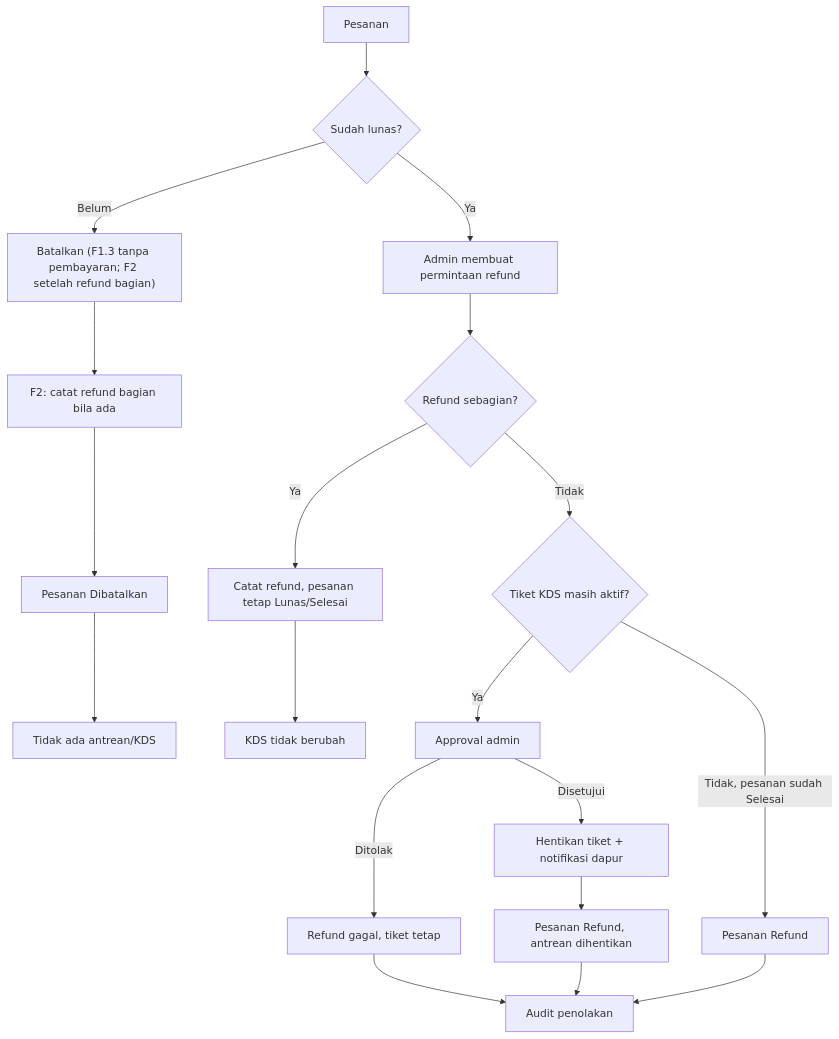
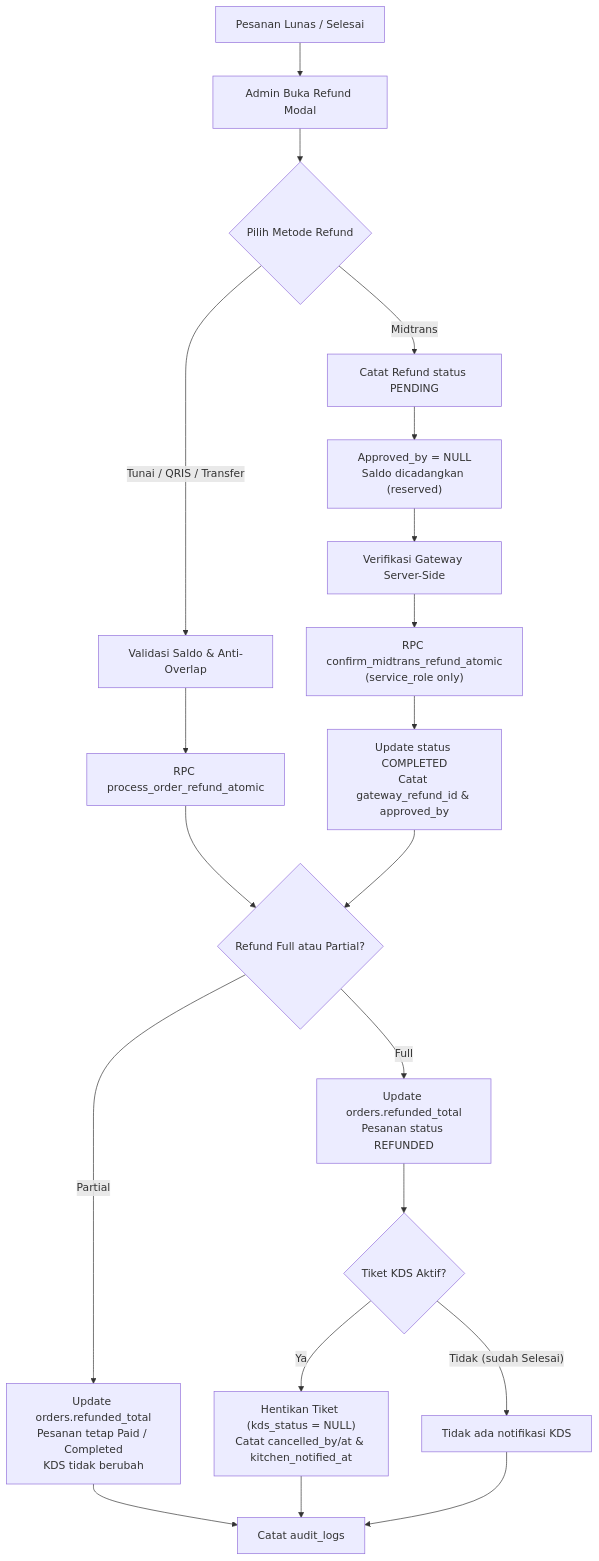
Before and after one commit to cl4umsyy/Nine-Licious: the ninth of 12 diagrams in docs/USER_FLOW.md, drawn with Mermaid. The commit also changed other lines of this file and 25 other files, not shown here.

Commit message:
menyelesaikan F2.3 pelanggan nambah pesanan dan denah meja dan F2.4 struk dan refund dan F2.5 memastikan F2.1 SampaiF2.5 bekerja

````diff
--- a/docs/USER_FLOW.md
+++ b/docs/USER_FLOW.md
@@ -995,21 +1001,22 @@
 ```mermaid
 flowchart TD
-    A["Pesanan"] --> B{"Sudah lunas?"}
-    B -->|"Belum"| C["Batalkan (F1.3 tanpa pembayaran; F2 setelah refund bagian)"]
-    C --> D["F2: catat refund bagian bila ada"]
-    D --> E["Pesanan Dibatalkan"]
-    E --> F["Tidak ada antrean/KDS"]
-    B -->|"Ya"| G["Admin membuat permintaan refund"]
-    G --> H{"Refund sebagian?"}
-    H -->|"Ya"| I["Catat refund, pesanan tetap Lunas/Selesai"]
-    I --> J["KDS tidak berubah"]
-    H -->|"Tidak"| K{"Tiket KDS masih aktif?"}
-    K -->|"Tidak, pesanan sudah Selesai"| L["Pesanan Refund"]
-    K -->|"Ya"| M["Approval admin"]
-    M -->|"Ditolak"| N["Refund gagal, tiket tetap"]
-    M -->|"Disetujui"| O["Hentikan tiket + notifikasi dapur"]
-    O --> P["Pesanan Refund, antrean dihentikan"]
-    N --> Q["Audit penolakan"]
+    A["Pesanan Lunas / Selesai"] --> B["Admin Buka Refund Modal"]
+    B --> C{"Pilih Metode Refund"}
+    C -->|"Tunai / QRIS / Transfer"| D["Validasi Saldo & Anti-Overlap"]
+    C -->|"Midtrans"| E["Catat Refund status PENDING"]
+    E --> F["Approved_by = NULL\nSaldo dicadangkan (reserved)"]
+    F --> G["Verifikasi Gateway Server-Side"]
+    G --> H["RPC confirm_midtrans_refund_atomic\n(service_role only)"]
+    H --> I["Update status COMPLETED\nCatat gateway_refund_id & approved_by"]
+    D --> J["RPC process_order_refund_atomic"]
+    J --> K{"Refund Full atau Partial?"}
+    I --> K
+    K -->|"Partial"| L["Update orders.refunded_total\nPesanan tetap Paid / Completed\nKDS tidak berubah"]
+    K -->|"Full"| M["Update orders.refunded_total\nPesanan status REFUNDED"]
+    M --> N{"Tiket KDS Aktif?"}
+    N -->|"Ya"| O["Hentikan Tiket (kds_status = NULL)\nCatat cancelled_by/at & kitchen_notified_at"]
+    N -->|"Tidak (sudah Selesai)"| P["Tidak ada notifikasi KDS"]
+    L --> Q["Catat audit_logs"]
+    O --> Q
     P --> Q
-    L --> Q
 ```
````
